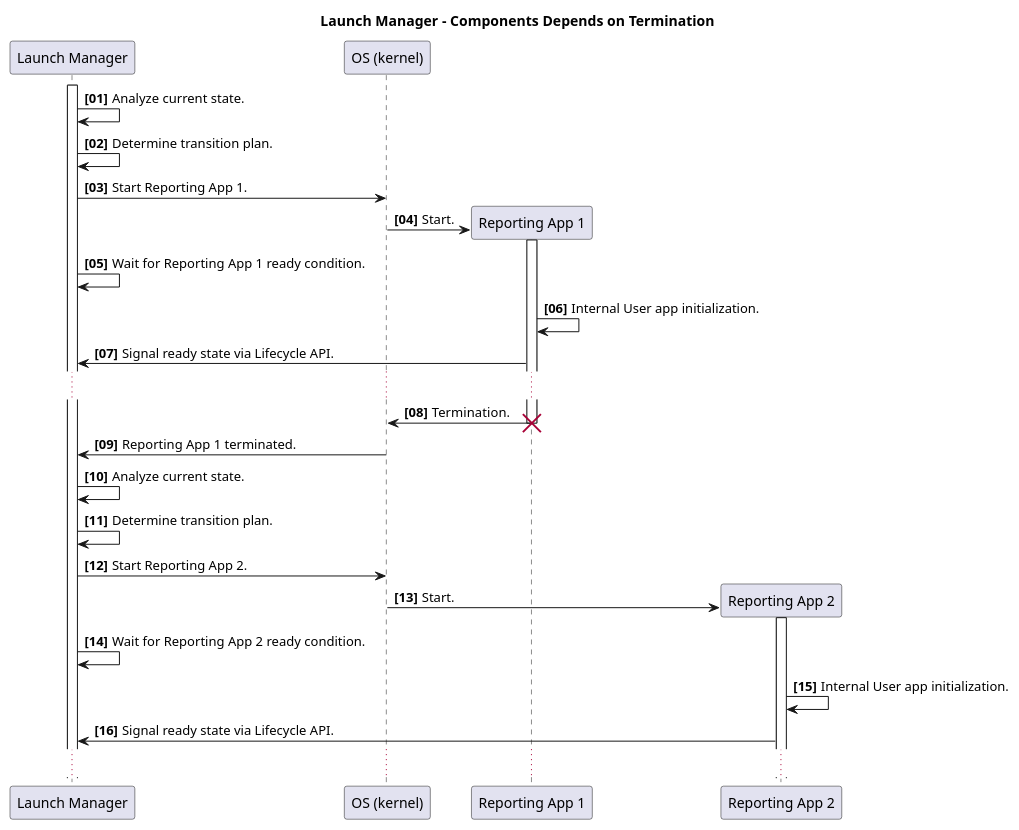
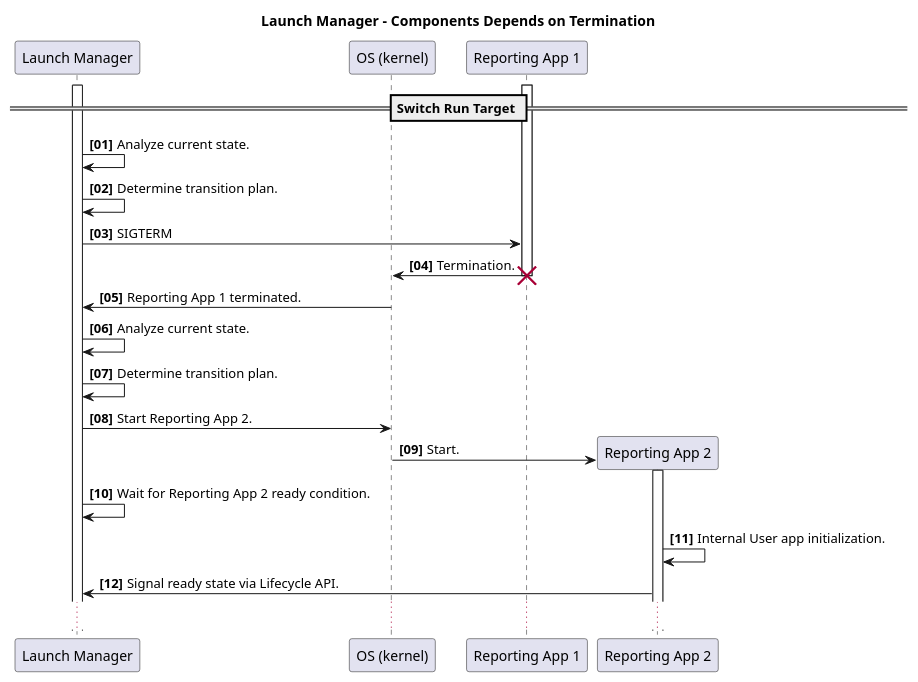
Before and after one commit to eclipse-score/lifecycle: the diagram in docs/features/lifecycle/architecture/_assets/launch_manager_terminate_dep.puml, drawn with PlantUML. The commit also changed 11 other files, not shown here.

```diff
--- a/docs/features/lifecycle/architecture/_assets/launch_manager_terminate_dep.puml
+++ b/docs/features/lifecycle/architecture/_assets/launch_manager_terminate_dep.puml
@@ -14,39 +14,37 @@
 @startuml
 title Launch Manager - Components Depends on Termination
 
 autonumber "<b>[00]"
 
 participant "Launch Manager" as LM
 participant "OS (kernel)" as kernel
 participant "Reporting App 1" as app1
 participant "Reporting App 2" as app2
 activate LM
+activate app1
+
+== Switch Run Target ==
 
 LM -> LM: Analyze current state.
 LM -> LM: Determine transition plan.
 
-LM -> kernel: Start Reporting App 1.
-kernel -> app1 **: Start.
-activate app1
-LM -> LM: Wait for Reporting App 1 ready condition.
-app1 -> app1: Internal User app initialization.
-app1 -> LM: Signal ready state via Lifecycle API.
+LM -> app1: SIGTERM
+app1 -> kernel: Termination.
+destroy app1
 
-...
 
-app1 -> kernel: Termination.
 destroy app1
 kernel -> LM: Reporting App 1 terminated.
 deactivate app1
 
 LM -> LM: Analyze current state.
 LM -> LM: Determine transition plan.
 
 LM -> kernel: Start Reporting App 2.
 kernel -> app2 **: Start.
 activate app2
 LM -> LM: Wait for Reporting App 2 ready condition.
 app2 -> app2: Internal User app initialization.
 app2 -> LM: Signal ready state via Lifecycle API.
 ...
 @enduml
```
